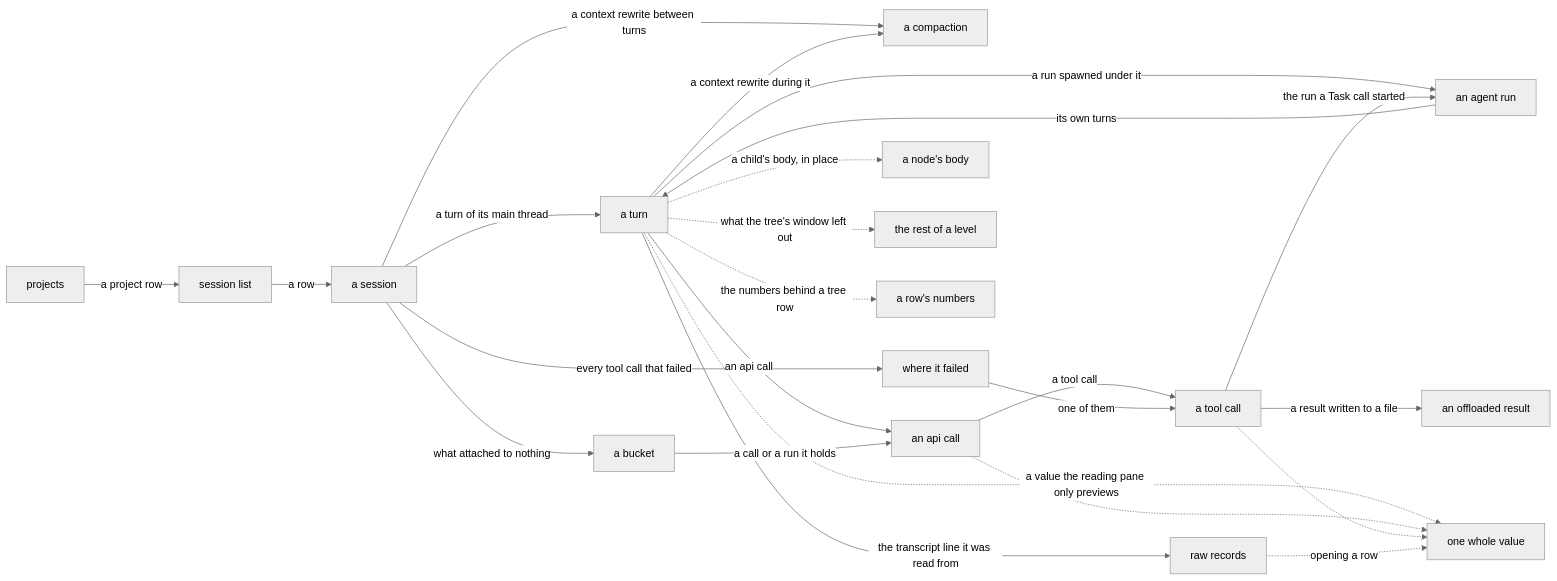
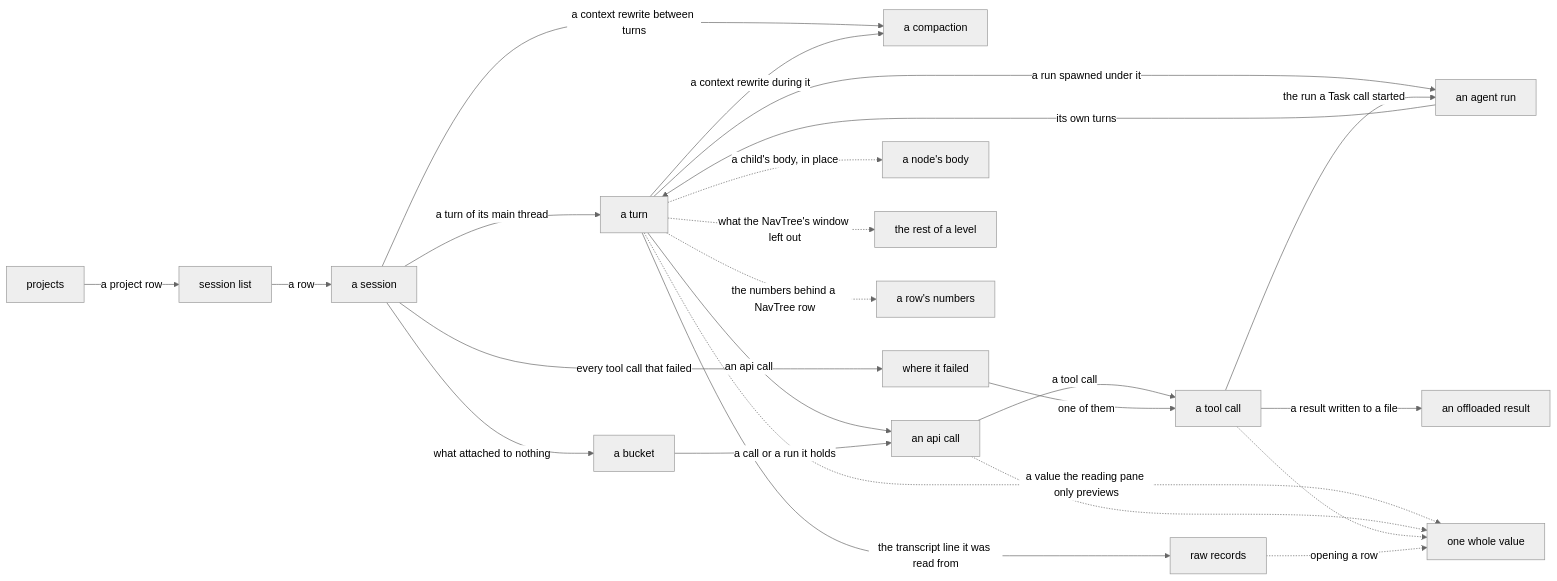
One commit to nathanielobrown/aiobserve changed the diagram in docs/viewer.md. Above: the diagram before and after it, drawn with Mermaid (neutral theme). The commit also changed other lines of this file and 73 other files, not shown here.

First line of the commit message:
🧹 Calls the viewer's left column NavTree

````diff
--- a/docs/viewer.md
+++ b/docs/viewer.md
@@ -9,26 +9,26 @@
 ```mermaid
 flowchart LR
     projects["projects"] -->|"a project row"| session_list["session list"]
     session_list -->|"a row"| session["a session"]
     session -->|"a turn of its main thread"| turn["a turn"]
     session -->|"a context rewrite between turns"| compaction["a compaction"]
     turn -->|"a context rewrite during it"| compaction
     session -->|"what attached to nothing"| bucket["a bucket"]
     turn -->|"an api call"| api_call["an api call"]
     turn -->|"a run spawned under it"| run["an agent run"]
     api_call -->|"a tool call"| tool["a tool call"]
     tool -->|"the run a Task call started"| run
     run -->|"its own turns"| turn
     session -->|"every tool call that failed"| errors["where it failed"]
     errors -->|"one of them"| tool
     bucket -->|"a call or a run it holds"| api_call
     turn -->|"the transcript line it was read from"| records["raw records"]
     tool -->|"a result written to a file"| offload["an offloaded result"]
     turn -.->|"a value the reading pane only previews"| value["one whole value"]
     api_call -.-> value
     tool -.-> value
     records -.->|"opening a row"| value
     turn -.->|"a child's body, in place"| body["a node's body"]
-    turn -.->|"what the tree's window left out"| kin["the rest of a level"]
-    turn -.->|"the numbers behind a tree row"| numbers["a row's numbers"]
+    turn -.->|"what the NavTree's window left out"| kin["the rest of a level"]
+    turn -.->|"the numbers behind a NavTree row"| numbers["a row's numbers"]
 ```
````
